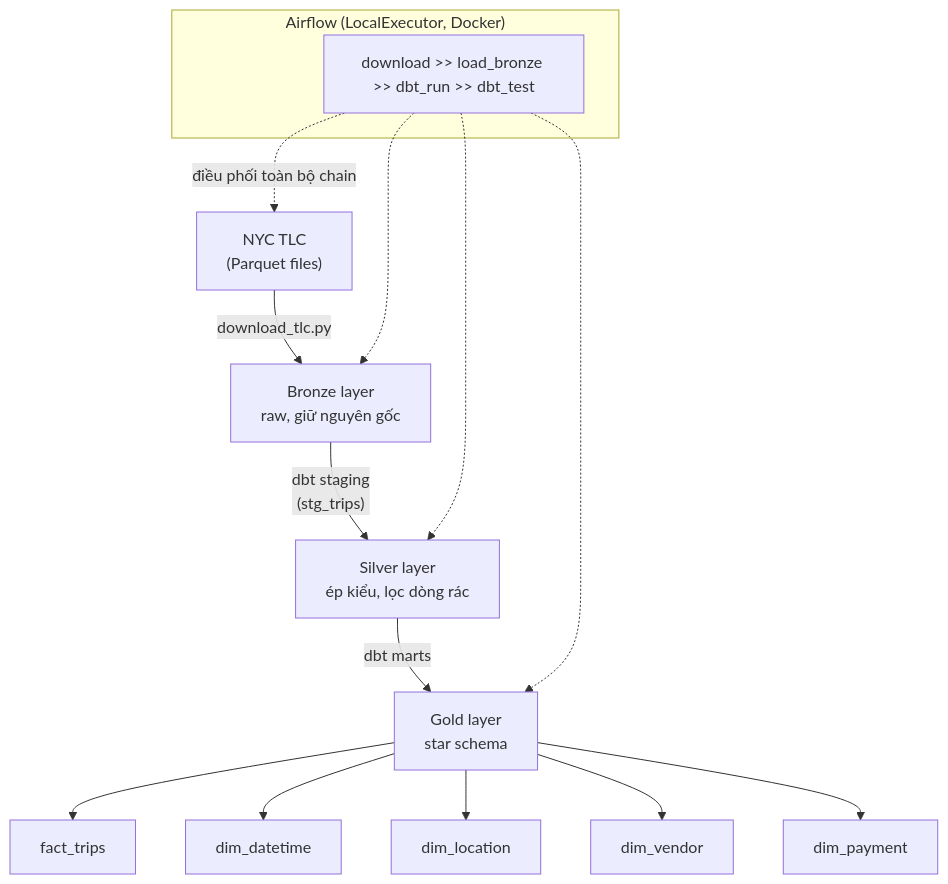
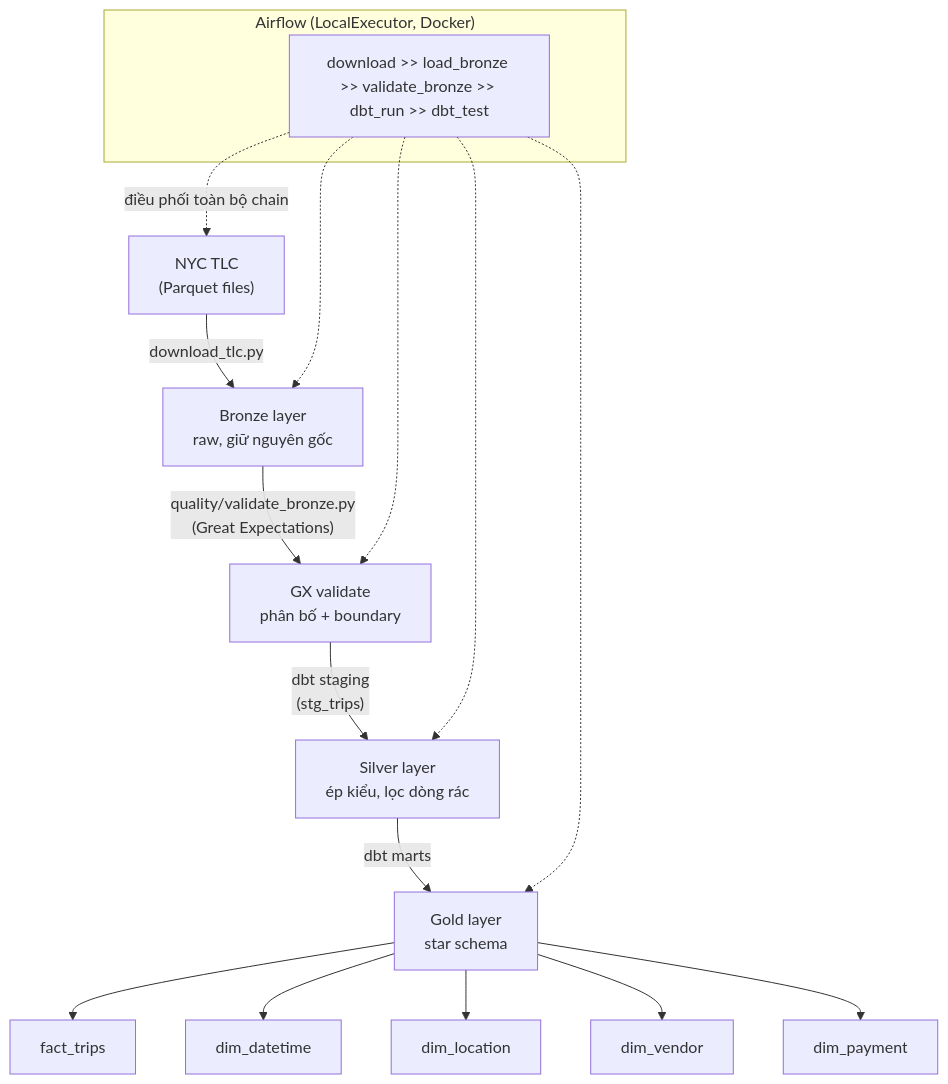
Before and after one commit to Cat1m/nyc-taxi-etl: the diagram in README.md, drawn with Mermaid. The commit also changed other lines of this file and 13 other files, not shown here.

First line of the commit message:
add Great Expectations validation on Bronze layer

````diff
--- a/README.md
+++ b/README.md
@@ -20,19 +20,21 @@
 ```mermaid
 flowchart TD
     A["NYC TLC<br/>(Parquet files)"] -->|"download_tlc.py"| B["Bronze layer<br/>raw, giữ nguyên gốc"]
-    B -->|"dbt staging<br/>(stg_trips)"| C["Silver layer<br/>ép kiểu, lọc dòng rác"]
+    B -->|"quality/validate_bronze.py<br/>(Great Expectations)"| GX["GX validate<br/>phân bố + boundary"]
+    GX -->|"dbt staging<br/>(stg_trips)"| C["Silver layer<br/>ép kiểu, lọc dòng rác"]
     C -->|"dbt marts"| D["Gold layer<br/>star schema"]
     D --> E1["fact_trips"]
     D --> E2["dim_datetime"]
     D --> E3["dim_location"]
     D --> E4["dim_vendor"]
     D --> E5["dim_payment"]
 
     subgraph Orchestration["Airflow (LocalExecutor, Docker)"]
-        F["download >> load_bronze >> dbt_run >> dbt_test"]
+        F["download >> load_bronze >> validate_bronze >> dbt_run >> dbt_test"]
     end
     F -.điều phối toàn bộ chain.-> A
     F -.-> B
+    F -.-> GX
     F -.-> C
     F -.-> D
 ```
````
